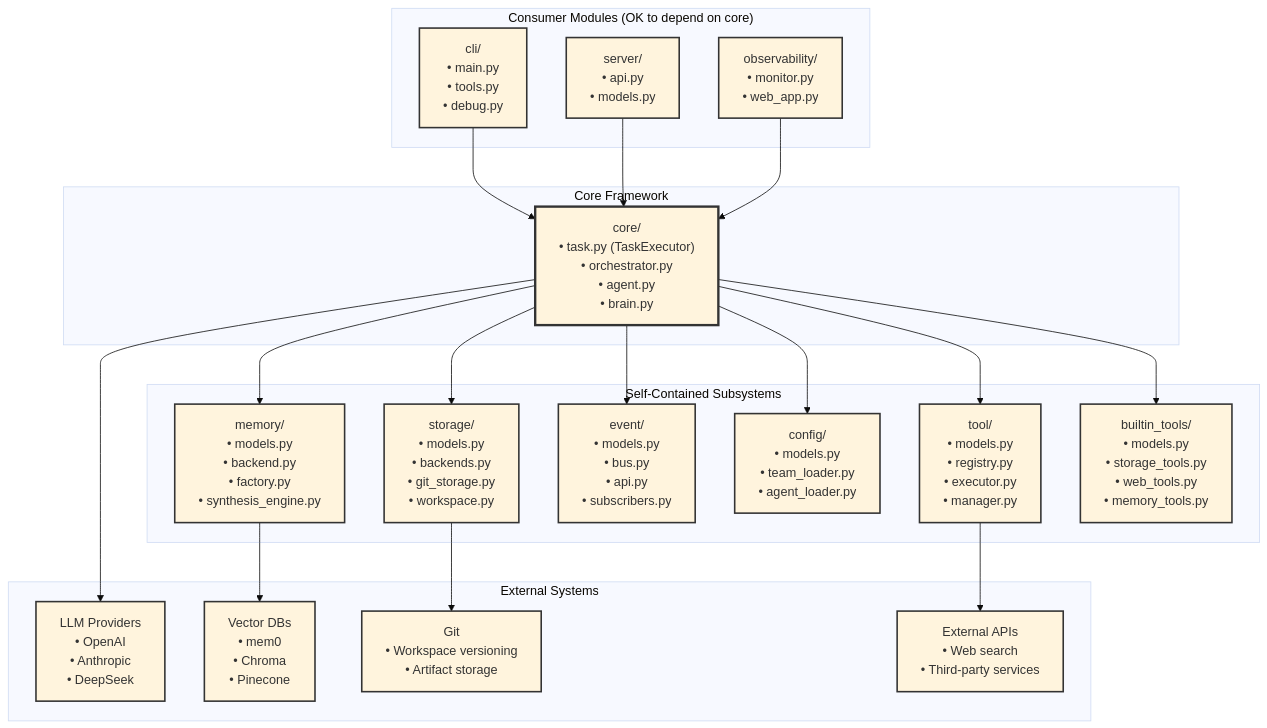
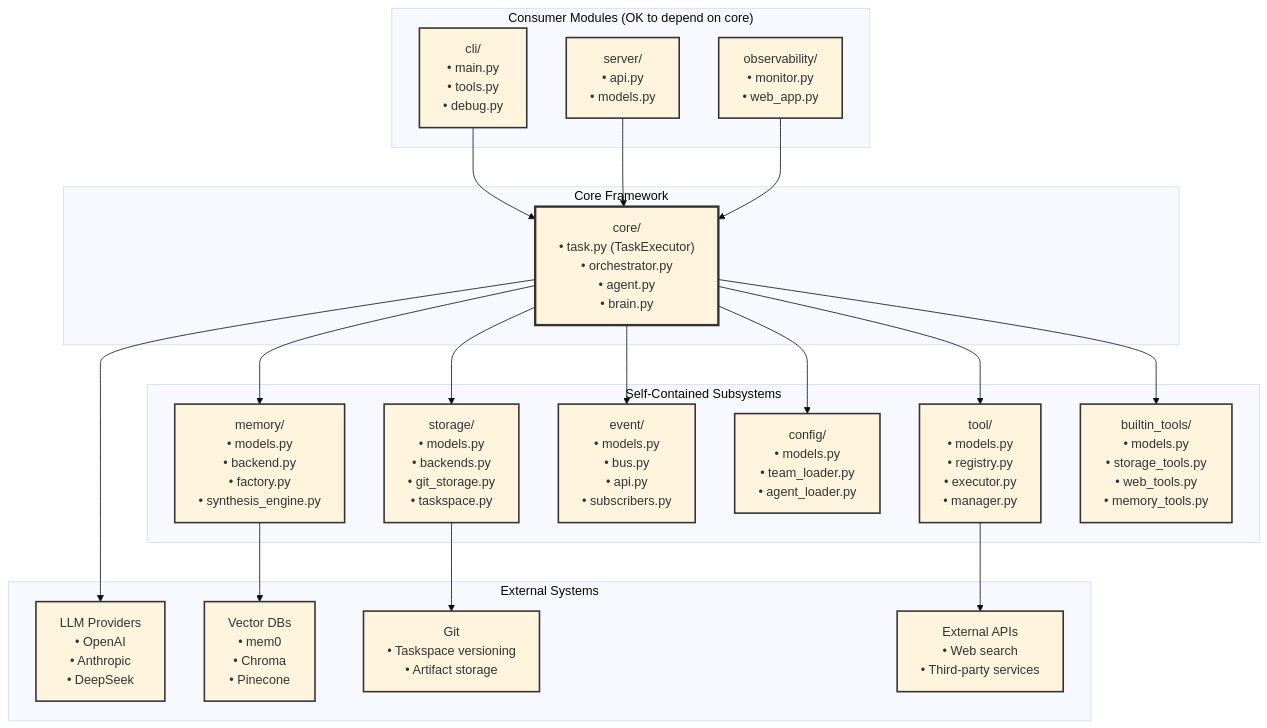
The second of 5 diagrams in docs/content/docs/design/system-architecture.mdx (dustland/agentx), drawn with Mermaid (base theme) before and after one commit. The commit also changed other lines of this file and 105 other files, not shown here.

First line of the commit message:
refactor: Rename workspace to taskspace across the project

````diff
--- a/docs/content/docs/design/system-architecture.mdx
+++ b/docs/content/docs/design/system-architecture.mdx
@@ -83,58 +83,58 @@
 ```mermaid
 graph TD
     subgraph "Consumer Modules (OK to depend on core)"
         CLI["cli/<br/>• main.py<br/>• tools.py<br/>• debug.py"]
         API["server/<br/>• api.py<br/>• models.py"]
         OBS["observability/<br/>• monitor.py<br/>• web_app.py"]
     end
 
     subgraph "Core Framework"
         TE["core/<br/>• task.py (TaskExecutor)<br/>• orchestrator.py<br/>• agent.py<br/>• brain.py"]
     end
 
     subgraph "Self-Contained Subsystems"
         TOOL["tool/<br/>• models.py<br/>• registry.py<br/>• executor.py<br/>• manager.py"]
         MEM["memory/<br/>• models.py<br/>• backend.py<br/>• factory.py<br/>• synthesis_engine.py"]
         EVENT["event/<br/>• models.py<br/>• bus.py<br/>• api.py<br/>• subscribers.py"]
         CONFIG["config/<br/>• models.py<br/>• team_loader.py<br/>• agent_loader.py"]
-        STORAGE["storage/<br/>• models.py<br/>• backends.py<br/>• git_storage.py<br/>• workspace.py"]
+        STORAGE["storage/<br/>• models.py<br/>• backends.py<br/>• git_storage.py<br/>• taskspace.py"]
         BUILTIN["builtin_tools/<br/>• models.py<br/>• storage_tools.py<br/>• web_tools.py<br/>• memory_tools.py"]
     end
 
     subgraph "External Systems"
         LLM["LLM Providers<br/>• OpenAI<br/>• Anthropic<br/>• DeepSeek"]
         VDB["Vector DBs<br/>• mem0<br/>• Chroma<br/>• Pinecone"]
-        GIT["Git<br/>• Workspace versioning<br/>• Artifact storage"]
+        GIT["Git<br/>• Taskspace versioning<br/>• Artifact storage"]
         EXT_API["External APIs<br/>• Web search<br/>• Third-party services"]
     end
 
     %% Consumer modules depend on core (single direction)
     CLI --> TE
     API --> TE
     OBS --> TE
 
     %% Core imports FROM subsystems (dependency inversion)
     TE --> TOOL
     TE --> MEM
     TE --> EVENT
     TE --> CONFIG
     TE --> STORAGE
     TE --> BUILTIN
 
     %% External system connections
     TE --> LLM
     MEM --> VDB
     STORAGE --> GIT
     TOOL --> EXT_API
 
     %% Styling
     classDef consumer stroke:#333,stroke-width:2px
     classDef core stroke:#333,stroke-width:3px
     classDef subsystem stroke:#333,stroke-width:2px
     classDef external stroke:#333,stroke-width:2px
 
     class CLI,API,OBS consumer
     class TE core
     class TOOL,MEM,EVENT,CONFIG,STORAGE,BUILTIN subsystem
     class LLM,VDB,GIT,EXT_API external
 ```
````
